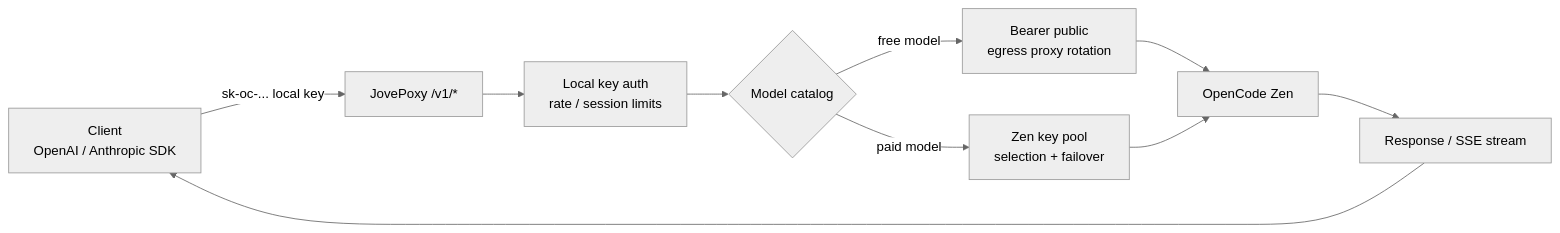
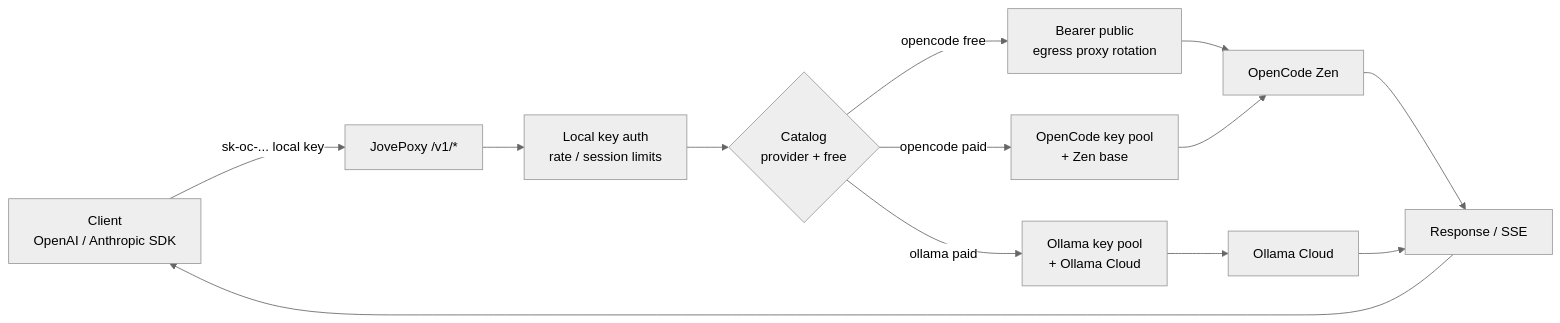
One commit to jiujiu532/JovePoxy changed the first of 2 diagrams in README.en.md. Above: the diagram before and after it, drawn with Mermaid (neutral theme). The commit also changed other lines of this file and 7 other files, not shown here.

````diff
--- a/README.en.md
+++ b/README.en.md
@@ -45,12 +60,15 @@
 ```mermaid
 flowchart LR
     CLIENT["Client<br/>OpenAI / Anthropic SDK"] -->|"sk-oc-... local key"| GW["JovePoxy /v1/*"]
     GW --> AUTH["Local key auth<br/>rate / session limits"]
-    AUTH --> CATALOG{"Model catalog"}
-    CATALOG -->|free model| FREE["Bearer public<br/>egress proxy rotation"]
-    CATALOG -->|paid model| PAID["Zen key pool<br/>selection + failover"]
+    AUTH --> CATALOG{"Catalog<br/>provider + free"}
+    CATALOG -->|opencode free| FREE["Bearer public<br/>egress proxy rotation"]
+    CATALOG -->|opencode paid| PAID_OC["OpenCode key pool<br/>+ Zen base"]
+    CATALOG -->|ollama paid| PAID_OL["Ollama key pool<br/>+ Ollama Cloud"]
     FREE --> ZEN["OpenCode Zen"]
-    PAID --> ZEN
-    ZEN --> RESP["Response / SSE stream"]
+    PAID_OC --> ZEN
+    PAID_OL --> OLLAMA["Ollama Cloud"]
+    ZEN --> RESP["Response / SSE"]
+    OLLAMA --> RESP
     RESP --> CLIENT
 ```
````
